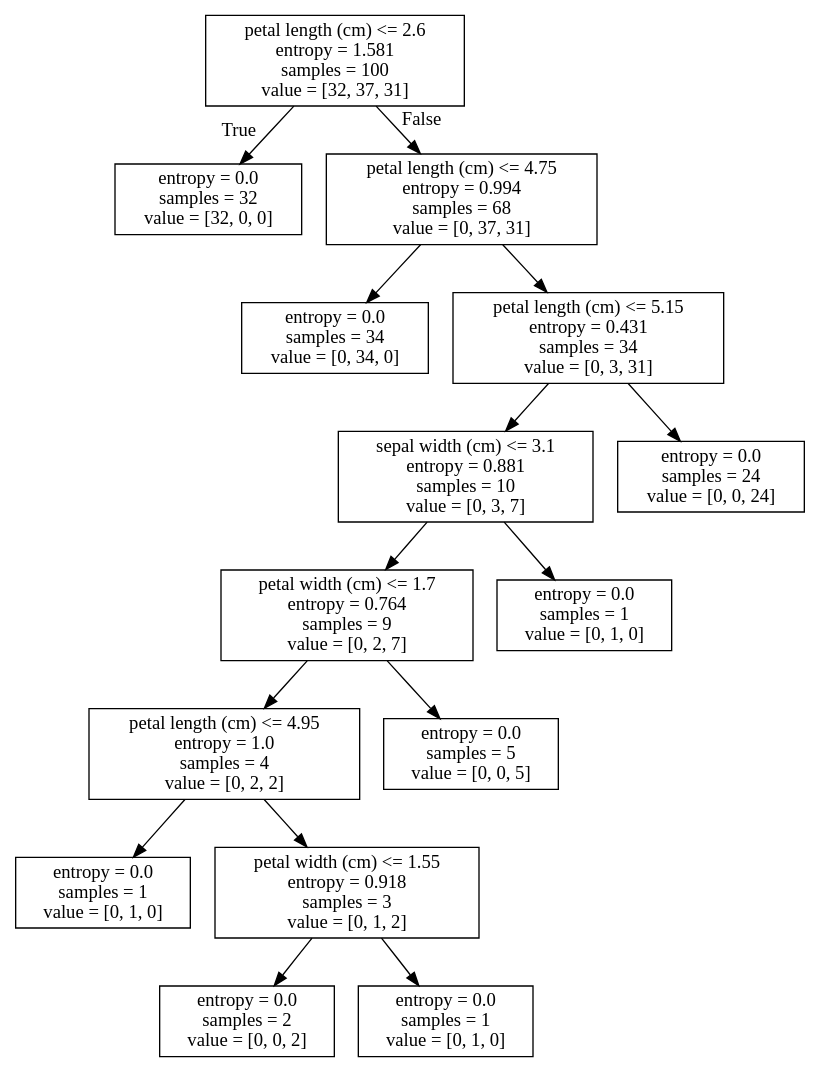
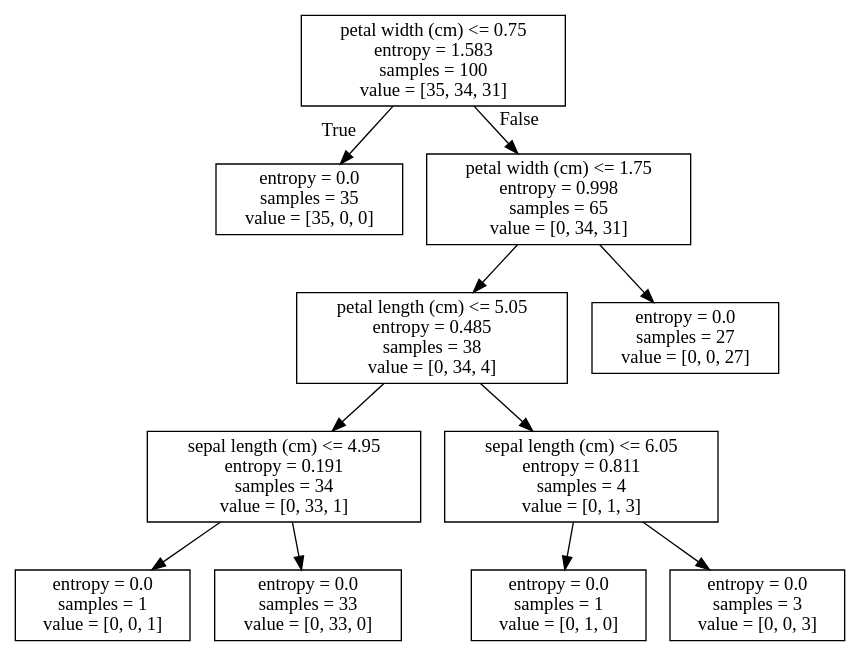
The diagram in tree.dot (aviniciuss/machine-learning), drawn with Graphviz before and after one commit. The commit also changed 15 other files, not shown here.

```diff
--- a/tree.dot
+++ b/tree.dot
@@ -1,32 +1,24 @@
 digraph Tree {
 node [shape=box] ;
-0 [label="petal length (cm) <= 2.6\nentropy = 1.581\nsamples = 100\nvalue = [32, 37, 31]"] ;
-1 [label="entropy = 0.0\nsamples = 32\nvalue = [32, 0, 0]"] ;
+0 [label="petal width (cm) <= 0.75\nentropy = 1.583\nsamples = 100\nvalue = [35, 34, 31]"] ;
+1 [label="entropy = 0.0\nsamples = 35\nvalue = [35, 0, 0]"] ;
 0 -> 1 [labeldistance=2.5, labelangle=45, headlabel="True"] ;
-2 [label="petal length (cm) <= 4.75\nentropy = 0.994\nsamples = 68\nvalue = [0, 37, 31]"] ;
+2 [label="petal width (cm) <= 1.75\nentropy = 0.998\nsamples = 65\nvalue = [0, 34, 31]"] ;
 0 -> 2 [labeldistance=2.5, labelangle=-45, headlabel="False"] ;
-3 [label="entropy = 0.0\nsamples = 34\nvalue = [0, 34, 0]"] ;
+3 [label="petal length (cm) <= 5.05\nentropy = 0.485\nsamples = 38\nvalue = [0, 34, 4]"] ;
 2 -> 3 ;
-4 [label="petal length (cm) <= 5.15\nentropy = 0.431\nsamples = 34\nvalue = [0, 3, 31]"] ;
-2 -> 4 ;
-5 [label="sepal width (cm) <= 3.1\nentropy = 0.881\nsamples = 10\nvalue = [0, 3, 7]"] ;
+4 [label="sepal length (cm) <= 4.95\nentropy = 0.191\nsamples = 34\nvalue = [0, 33, 1]"] ;
+3 -> 4 ;
+5 [label="entropy = 0.0\nsamples = 1\nvalue = [0, 0, 1]"] ;
 4 -> 5 ;
-6 [label="petal width (cm) <= 1.7\nentropy = 0.764\nsamples = 9\nvalue = [0, 2, 7]"] ;
-5 -> 6 ;
-7 [label="petal length (cm) <= 4.95\nentropy = 1.0\nsamples = 4\nvalue = [0, 2, 2]"] ;
-6 -> 7 ;
+6 [label="entropy = 0.0\nsamples = 33\nvalue = [0, 33, 0]"] ;
+4 -> 6 ;
+7 [label="sepal length (cm) <= 6.05\nentropy = 0.811\nsamples = 4\nvalue = [0, 1, 3]"] ;
+3 -> 7 ;
 8 [label="entropy = 0.0\nsamples = 1\nvalue = [0, 1, 0]"] ;
 7 -> 8 ;
-9 [label="petal width (cm) <= 1.55\nentropy = 0.918\nsamples = 3\nvalue = [0, 1, 2]"] ;
+9 [label="entropy = 0.0\nsamples = 3\nvalue = [0, 0, 3]"] ;
 7 -> 9 ;
-10 [label="entropy = 0.0\nsamples = 2\nvalue = [0, 0, 2]"] ;
-9 -> 10 ;
-11 [label="entropy = 0.0\nsamples = 1\nvalue = [0, 1, 0]"] ;
-9 -> 11 ;
-12 [label="entropy = 0.0\nsamples = 5\nvalue = [0, 0, 5]"] ;
-6 -> 12 ;
-13 [label="entropy = 0.0\nsamples = 1\nvalue = [0, 1, 0]"] ;
-5 -> 13 ;
-14 [label="entropy = 0.0\nsamples = 24\nvalue = [0, 0, 24]"] ;
-4 -> 14 ;
+10 [label="entropy = 0.0\nsamples = 27\nvalue = [0, 0, 27]"] ;
+2 -> 10 ;
 }
```
